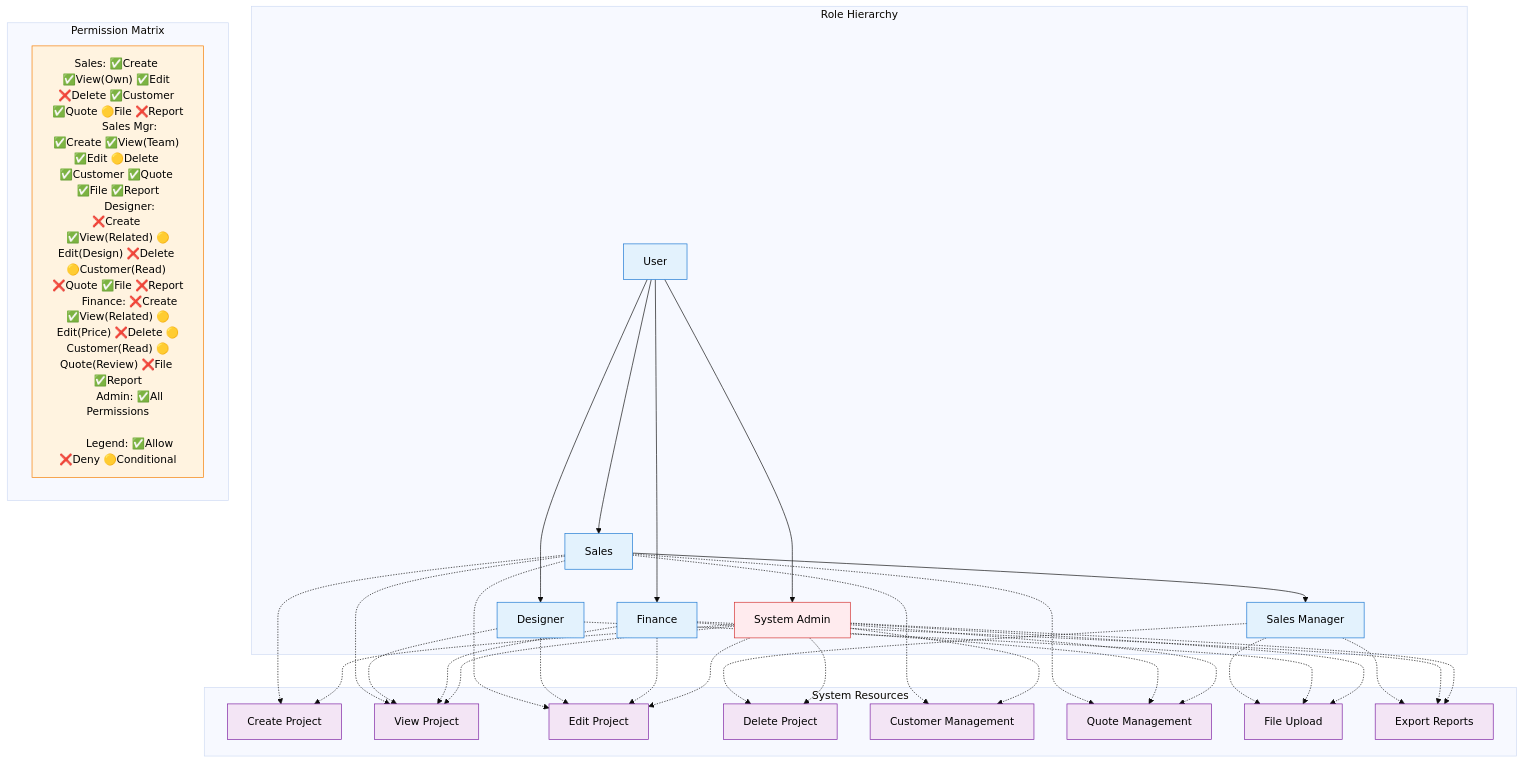
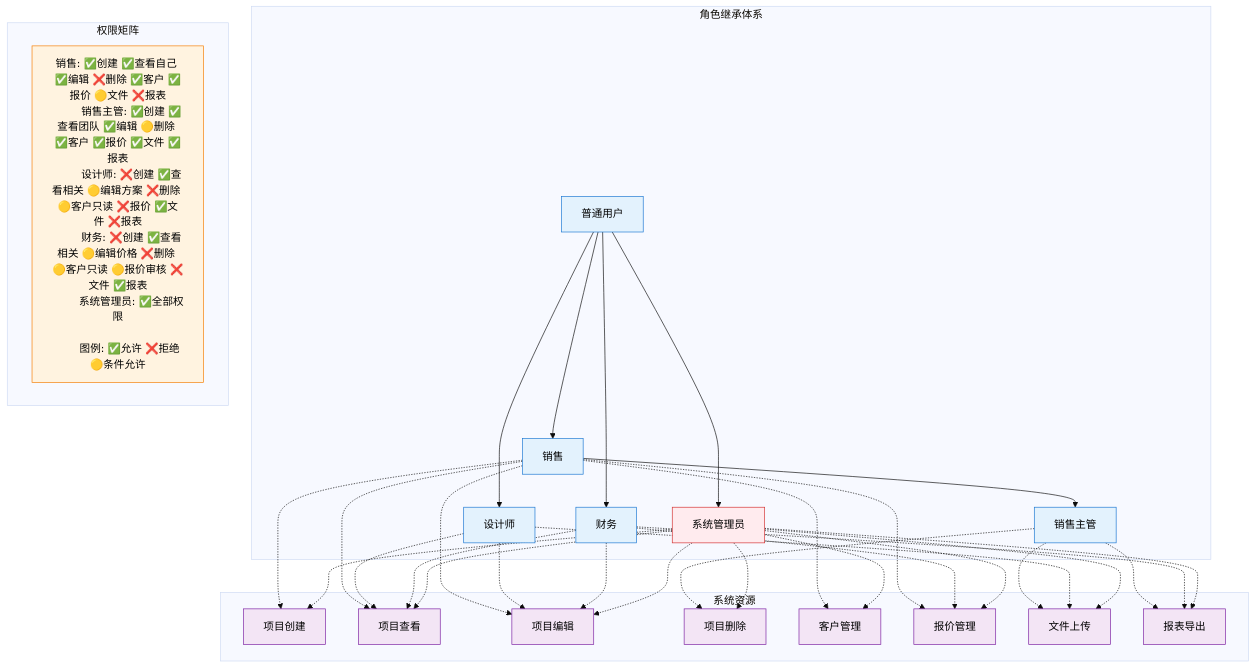
The diagram in diagrams/rbac-matrix.mmd (zavierd/ZHCRM), drawn with Mermaid (base theme) before and after one commit. The commit also changed 5 other files, not shown here.

First line of the commit message:
feat: 全面中文化所有架构图表

```diff
--- a/diagrams/rbac-matrix.mmd
+++ b/diagrams/rbac-matrix.mmd
@@ -1,85 +1,85 @@
 graph TB
-    %% Role Inheritance
-    subgraph roles ["Role Hierarchy"]
-        USER[User]
-        SALES[Sales]
-        SALES_MGR[Sales Manager]
-        DESIGNER[Designer]
-        FINANCE[Finance]
-        ADMIN[System Admin]
+    %% 角色继承关系
+    subgraph roles ["角色继承体系"]
+        USER[普通用户]
+        SALES[销售]
+        SALES_MGR[销售主管]
+        DESIGNER[设计师]
+        FINANCE[财务]
+        ADMIN[系统管理员]
 
         USER --> SALES
         SALES --> SALES_MGR
         USER --> DESIGNER
         USER --> FINANCE
         USER --> ADMIN
     end
 
-    %% System Resources
-    subgraph resources ["System Resources"]
-        PROJECT_CREATE[Create Project]
-        PROJECT_VIEW[View Project]
-        PROJECT_EDIT[Edit Project]
-        PROJECT_DELETE[Delete Project]
-        CUSTOMER_MGMT[Customer Management]
-        QUOTE_EDIT[Quote Management]
-        FILE_UPLOAD[File Upload]
-        REPORT_EXPORT[Export Reports]
+    %% 系统资源
+    subgraph resources ["系统资源"]
+        PROJECT_CREATE[项目创建]
+        PROJECT_VIEW[项目查看]
+        PROJECT_EDIT[项目编辑]
+        PROJECT_DELETE[项目删除]
+        CUSTOMER_MGMT[客户管理]
+        QUOTE_EDIT[报价管理]
+        FILE_UPLOAD[文件上传]
+        REPORT_EXPORT[报表导出]
     end
 
-    %% Permission Matrix
-    subgraph permissions ["Permission Matrix"]
+    %% 权限矩阵
+    subgraph permissions ["权限矩阵"]
         PERM_MATRIX["
-        Sales: ✅Create ✅View(Own) ✅Edit ❌Delete ✅Customer ✅Quote 🟡File ❌Report
-        Sales Mgr: ✅Create ✅View(Team) ✅Edit 🟡Delete ✅Customer ✅Quote ✅File ✅Report
-        Designer: ❌Create ✅View(Related) 🟡Edit(Design) ❌Delete 🟡Customer(Read) ❌Quote ✅File ❌Report
-        Finance: ❌Create ✅View(Related) 🟡Edit(Price) ❌Delete 🟡Customer(Read) 🟡Quote(Review) ❌File ✅Report
-        Admin: ✅All Permissions
+        销售: ✅创建 ✅查看自己 ✅编辑 ❌删除 ✅客户 ✅报价 🟡文件 ❌报表
+        销售主管: ✅创建 ✅查看团队 ✅编辑 🟡删除 ✅客户 ✅报价 ✅文件 ✅报表
+        设计师: ❌创建 ✅查看相关 🟡编辑方案 ❌删除 🟡客户只读 ❌报价 ✅文件 ❌报表
+        财务: ❌创建 ✅查看相关 🟡编辑价格 ❌删除 🟡客户只读 🟡报价审核 ❌文件 ✅报表
+        系统管理员: ✅全部权限
 
-        Legend: ✅Allow ❌Deny 🟡Conditional
+        图例: ✅允许 ❌拒绝 🟡条件允许
         "]
     end
 
     %% Sales Permissions
     SALES -.-> PROJECT_CREATE
     SALES -.-> PROJECT_VIEW
     SALES -.-> PROJECT_EDIT
     SALES -.-> CUSTOMER_MGMT
     SALES -.-> QUOTE_EDIT
 
     %% Sales Manager Permissions (Inherits + Extended)
     SALES_MGR -.-> PROJECT_DELETE
     SALES_MGR -.-> FILE_UPLOAD
     SALES_MGR -.-> REPORT_EXPORT
 
     %% Designer Permissions
     DESIGNER -.-> PROJECT_VIEW
     DESIGNER -.-> PROJECT_EDIT
     DESIGNER -.-> FILE_UPLOAD
 
     %% Finance Permissions
     FINANCE -.-> PROJECT_VIEW
     FINANCE -.-> PROJECT_EDIT
     FINANCE -.-> QUOTE_EDIT
     FINANCE -.-> REPORT_EXPORT
 
     %% Admin Permissions (All)
     ADMIN -.-> PROJECT_CREATE
     ADMIN -.-> PROJECT_VIEW
     ADMIN -.-> PROJECT_EDIT
     ADMIN -.-> PROJECT_DELETE
     ADMIN -.-> CUSTOMER_MGMT
     ADMIN -.-> QUOTE_EDIT
     ADMIN -.-> FILE_UPLOAD
     ADMIN -.-> REPORT_EXPORT
 
     %% Styling
     classDef roleNode fill:#e3f2fd,stroke:#1976d2,color:#000
     classDef resourceNode fill:#f3e5f5,stroke:#7b1fa2,color:#000
     classDef adminNode fill:#ffebee,stroke:#d32f2f,color:#000
     classDef matrixNode fill:#fff3e0,stroke:#f57c00,color:#000
 
     class USER,SALES,SALES_MGR,DESIGNER,FINANCE roleNode
     class PROJECT_CREATE,PROJECT_VIEW,PROJECT_EDIT,PROJECT_DELETE,CUSTOMER_MGMT,QUOTE_EDIT,FILE_UPLOAD,REPORT_EXPORT resourceNode
     class ADMIN adminNode
     class PERM_MATRIX matrixNode
```
